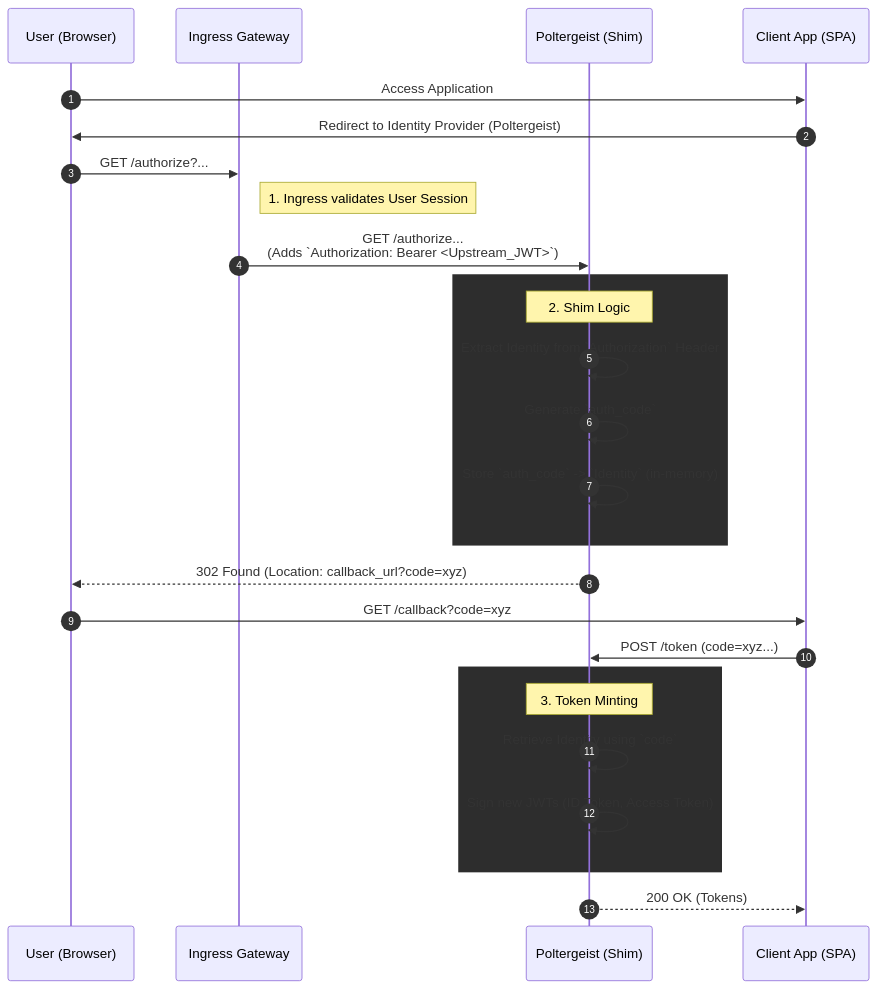
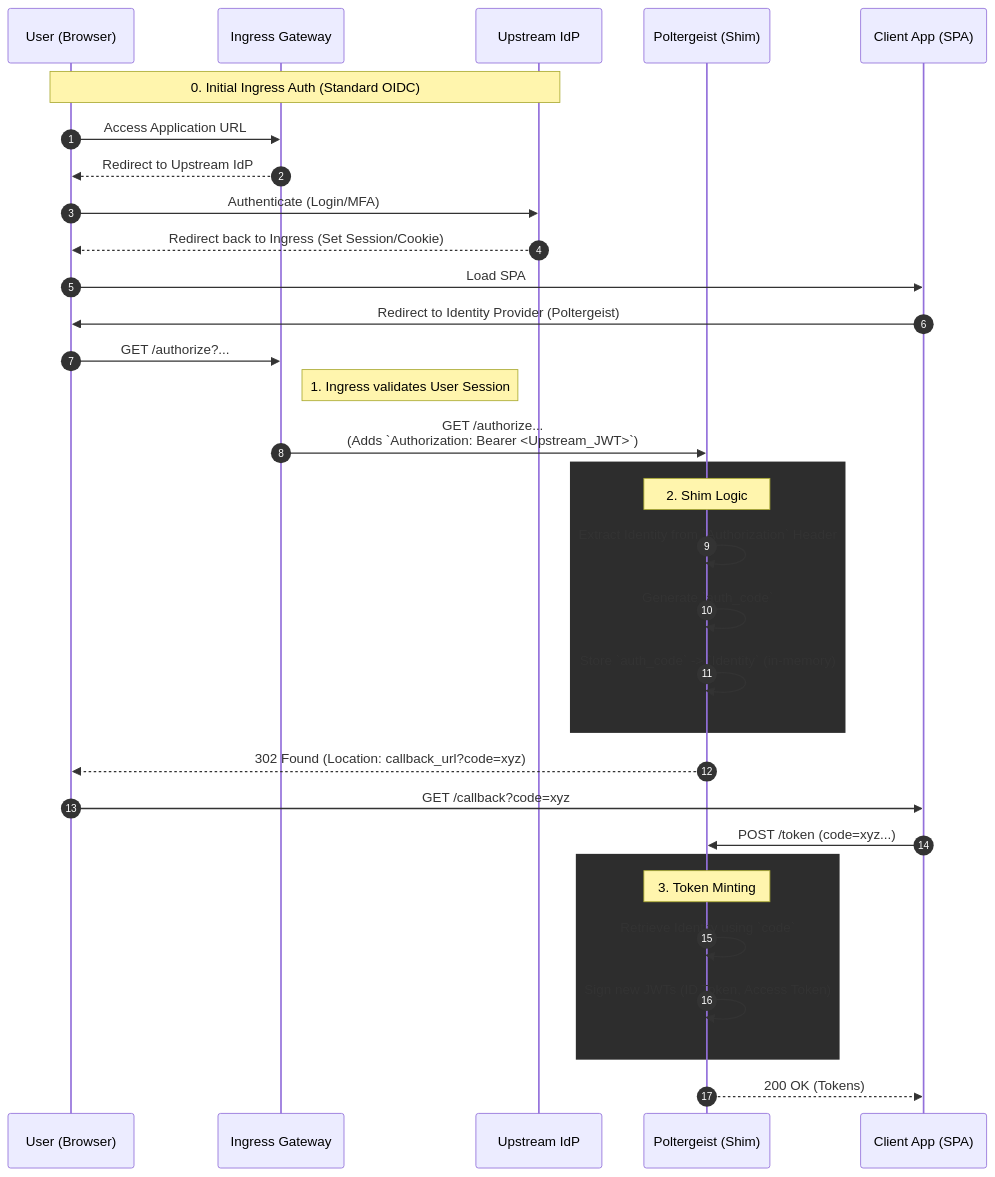
One commit to calamity-m/poltergeist changed the diagram in README.md. Above: the diagram before and after it, drawn with Mermaid.

Commit message:
[vibed] docs: update mermaid sequence diagram with upstream idp

````diff
--- a/README.md
+++ b/README.md
@@ -15,35 +15,42 @@
 ```mermaid
 sequenceDiagram
     autonumber
     participant User as User (Browser)
     participant Ingress as Ingress Gateway
+    participant Upstream as Upstream IdP
     participant Poltergeist as Poltergeist (Shim)
     participant Client as Client App (SPA)
 
-    User->>Client: Access Application
+    Note over User, Upstream: 0. Initial Ingress Auth (Standard OIDC)
+    User->>Ingress: Access Application URL
+    Ingress-->>User: Redirect to Upstream IdP
+    User->>Upstream: Authenticate (Login/MFA)
+    Upstream-->>User: Redirect back to Ingress (Set Session/Cookie)
+    
+    User->>Client: Load SPA
     Client->>User: Redirect to Identity Provider (Poltergeist)
     
     User->>Ingress: GET /authorize?...
     Note right of Ingress: 1. Ingress validates User Session
     Ingress->>Poltergeist: GET /authorize... <br/>(Adds `Authorization: Bearer <Upstream_JWT>`)
     
     rect rgb(45, 45, 45)
     Note over Poltergeist: 2. Shim Logic
     Poltergeist->>Poltergeist: Extract Identity from `Authorization` Header
     Poltergeist->>Poltergeist: Generate `auth_code`
     Poltergeist->>Poltergeist: Store `auth_code` -> `Identity` (in-memory)
     end
     
     Poltergeist-->>User: 302 Found (Location: callback_url?code=xyz)
     
     User->>Client: GET /callback?code=xyz
     Client->>Poltergeist: POST /token (code=xyz...)
     
     rect rgb(45, 45, 45)
     Note over Poltergeist: 3. Token Minting
     Poltergeist->>Poltergeist: Retrieve Identity using `code`
     Poltergeist->>Poltergeist: Sign new JWTs (ID Token, Access Token)
     end
     
     Poltergeist-->>Client: 200 OK (Tokens)
 ```
````
